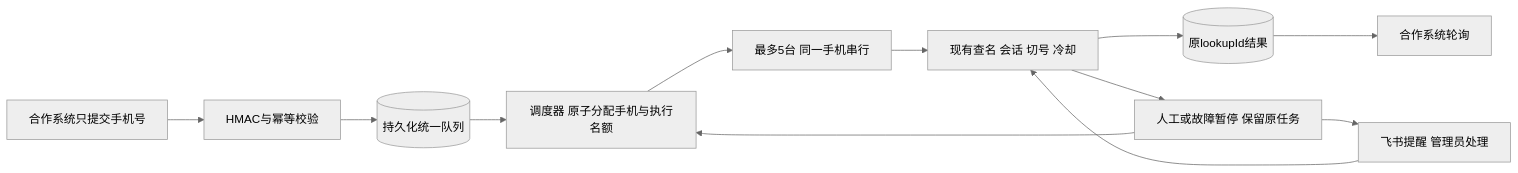
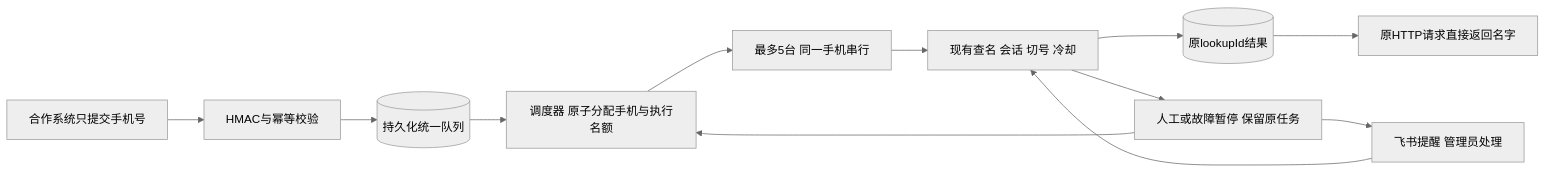
Before and after one commit to yyx021230/phone-cloud-platform: the diagram in docs/LOOKUP_DEVICE_POOL_DESIGN.md, drawn with Mermaid (neutral theme). The commit also changed other lines of this file and 2 other files, not shown here.

````diff
--- a/docs/LOOKUP_DEVICE_POOL_DESIGN.md
+++ b/docs/LOOKUP_DEVICE_POOL_DESIGN.md
@@ -97,14 +100,14 @@
 ```mermaid
 flowchart LR
   A[合作系统只提交手机号] --> B[HMAC与幂等校验]
   B --> C[(持久化统一队列)]
   C --> D[调度器 原子分配手机与执行名额]
   D --> E[最多5台 同一手机串行]
   E --> F[现有查名 会话 切号 冷却]
   F --> G[(原lookupId结果)]
-  G --> H[合作系统轮询]
+  G --> H[原HTTP请求直接返回名字]
   F --> I[人工或故障暂停 保留原任务]
   I --> J[飞书提醒 管理员处理]
   J --> F
   I --> D
 ```
````
